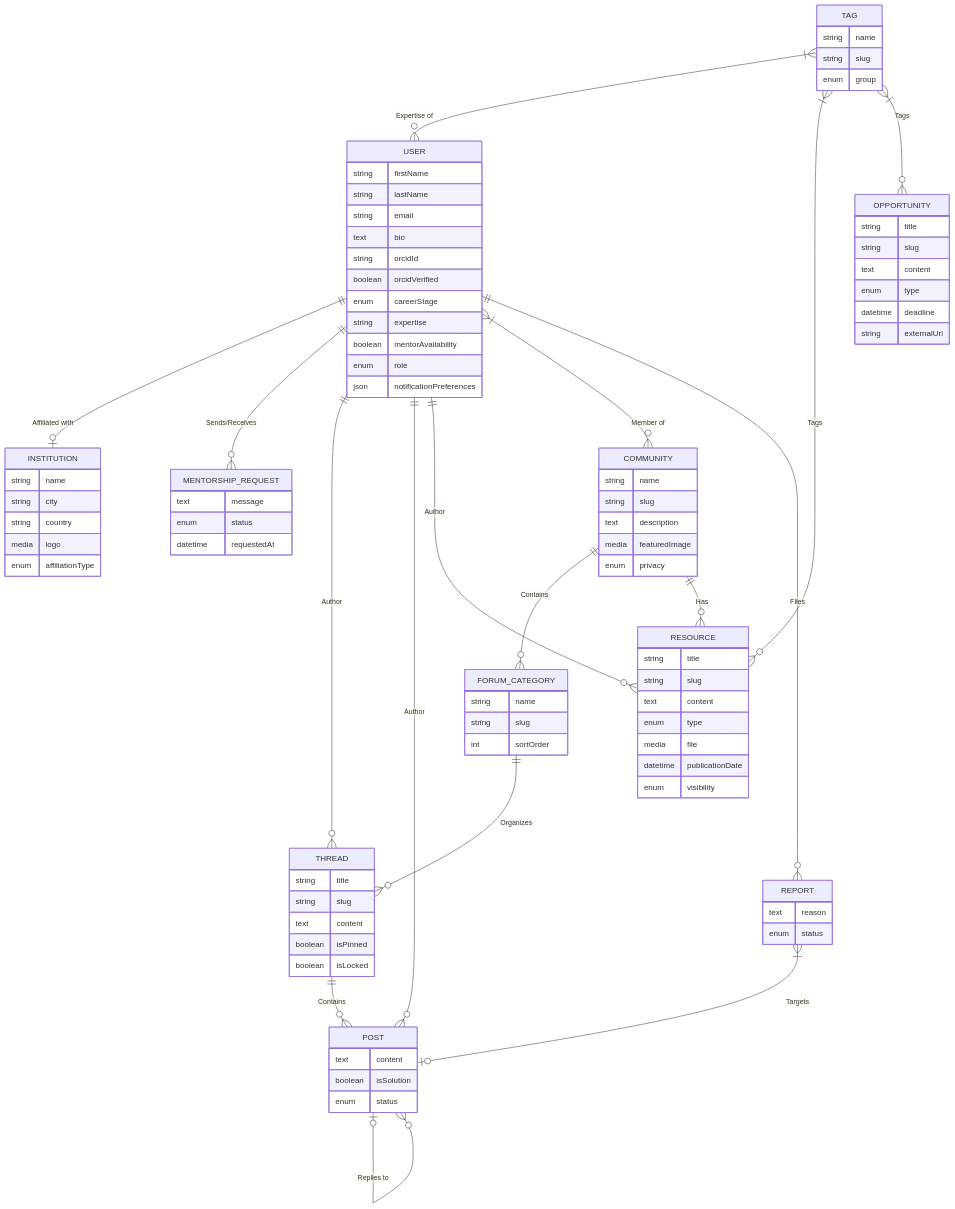
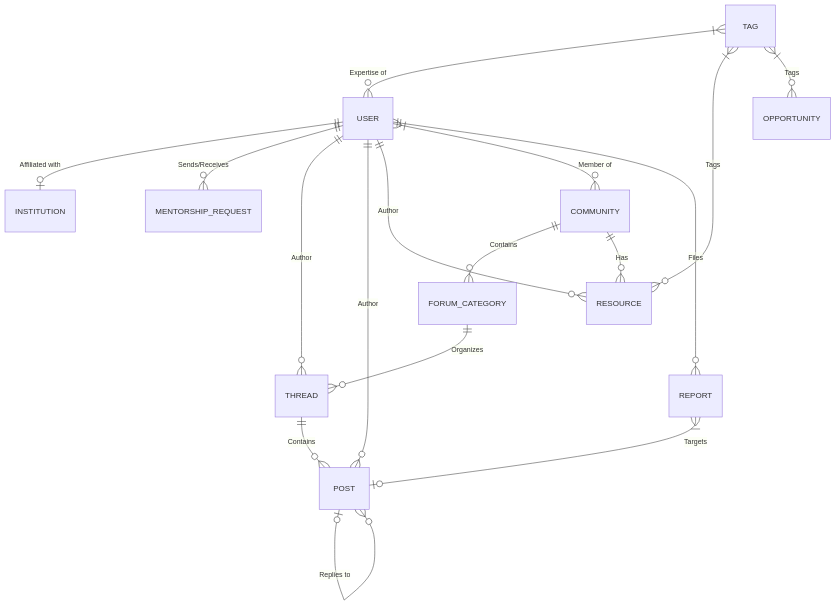
Before and after one commit to akvo/science-for-africa: the third of 3 diagrams in docs/science-of-africa-lld.md, drawn with Mermaid. The commit also changed other lines of this file, not shown here.

````diff
--- a/docs/science-of-africa-lld.md
+++ b/docs/science-of-africa-lld.md
@@ -35,7 +121,6 @@
     USER ||--o{ REPORT : "Files"
     TAG }|--o{ USER : "Expertise of"
     
-    %% Community & Forums
     COMMUNITY ||--o{ FORUM_CATEGORY : "Contains"
     COMMUNITY ||--o{ RESOURCE : "Has"
     FORUM_CATEGORY ||--o{ THREAD : "Organizes"
@@ -43,93 +128,6 @@
     POST |o--o{ POST : "Replies to"
     REPORT }|--o| POST : "Targets"
     
-    %% Knowledge Base & Taxonomy
     TAG }|--o{ RESOURCE : "Tags"
     TAG }|--o{ OPPORTUNITY : "Tags"
-
-    USER {
-        string firstName
-        string lastName
-        string email
-        text bio
-        string orcidId
-        boolean orcidVerified
-        enum careerStage
-        string expertise
-        boolean mentorAvailability
-        enum role
-        json notificationPreferences
-    }
-
-    INSTITUTION {
-        string name
-        string city
-        string country
-        media logo
-        enum affiliationType
-    }
-
-    COMMUNITY {
-        string name
-        string slug
-        text description
-        media featuredImage
-        enum privacy
-    }
-
-    FORUM_CATEGORY {
-        string name
-        string slug
-        int sortOrder
-    }
-
-    THREAD {
-        string title
-        string slug
-        text content
-        boolean isPinned
-        boolean isLocked
-    }
-
-    POST {
-        text content
-        boolean isSolution
-        enum status
-    }
-
-    RESOURCE {
-        string title
-        string slug
-        text content
-        enum type
-        media file
-        datetime publicationDate
-        enum visibility
-    }
-
-    OPPORTUNITY {
-        string title
-        string slug
-        text content
-        enum type
-        datetime deadline
-        string externalUrl
-    }
-
-    REPORT {
-        text reason
-        enum status
-    }
-
-    TAG {
-        string name
-        string slug
-        enum group
-    }
-
-    MENTORSHIP_REQUEST {
-        text message
-        enum status
-        datetime requestedAt
-    }
 ```
````
